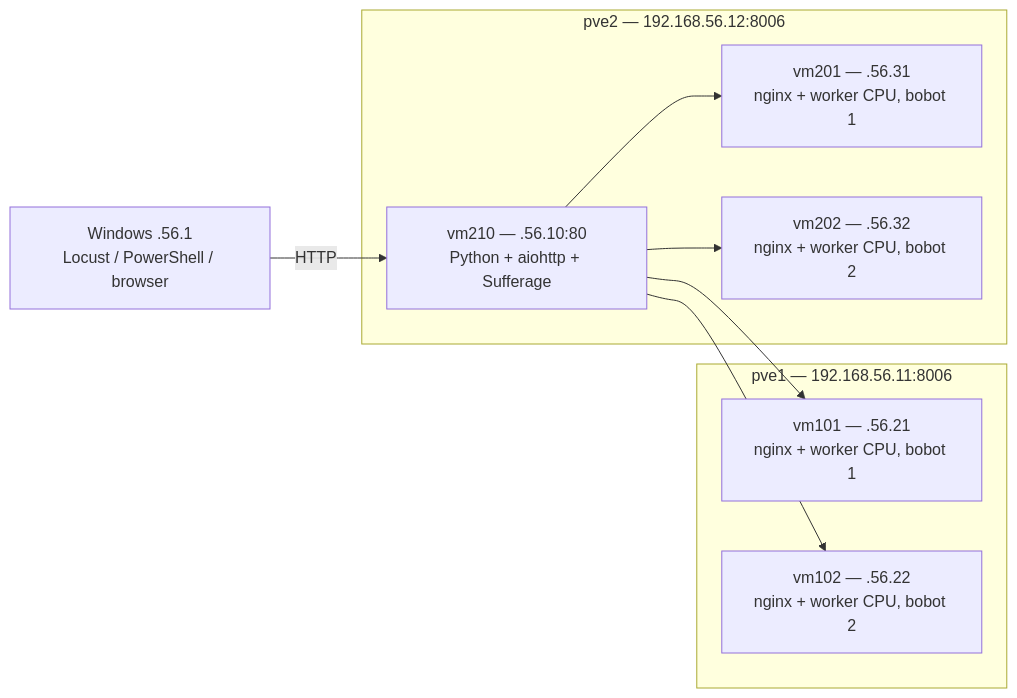
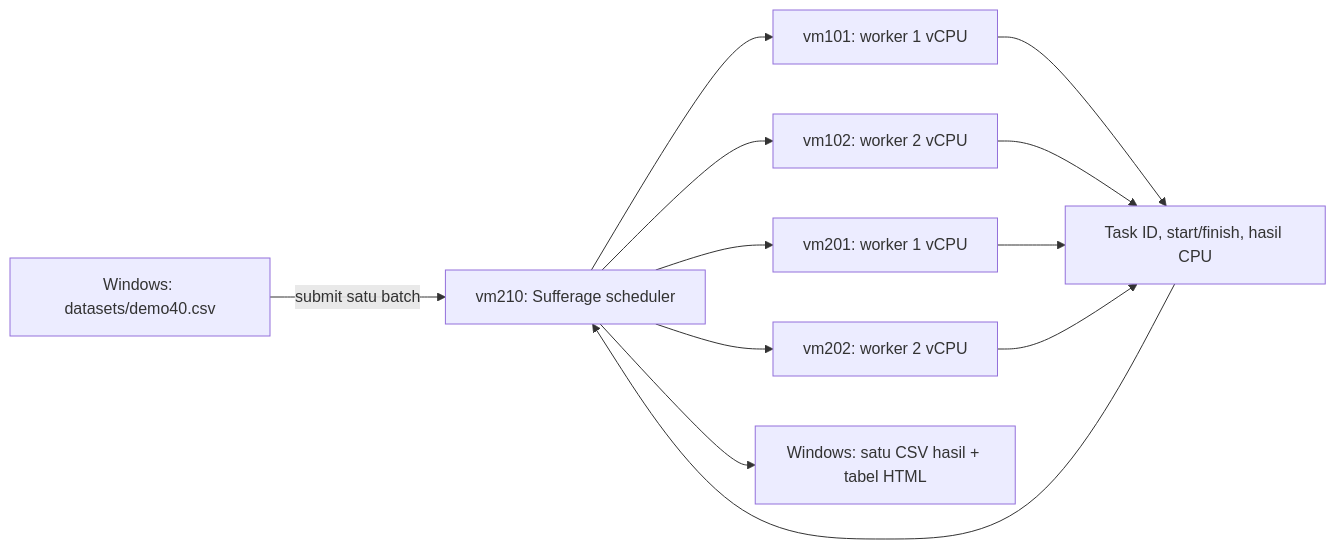
One commit to cr766hi/sufferage-task-scheduler changed the diagram in README.md. Above: the diagram before and after it, drawn with Mermaid. The commit also changed other lines of this file and 43 other files, not shown here.

Commit message:
Replace HTTP load balancing with offline batch Sufferage task scheduling and measured evaluation

````diff
--- a/README.md
+++ b/README.md
@@ -19,18 +12,14 @@
 ```mermaid
 flowchart LR
-  W["Windows .56.1\nLocust / PowerShell / browser"]
-  subgraph P1["pve1 — 192.168.56.11:8006"]
-    A["vm101 — .56.21\nnginx + worker CPU, bobot 1"]
-    B["vm102 — .56.22\nnginx + worker CPU, bobot 2"]
-  end
-  subgraph P2["pve2 — 192.168.56.12:8006"]
-    L["vm210 — .56.10:80\nPython + aiohttp + Sufferage"]
-    C["vm201 — .56.31\nnginx + worker CPU, bobot 1"]
-    D["vm202 — .56.32\nnginx + worker CPU, bobot 2"]
-  end
-  W -->|HTTP| L
-  L --> A
-  L --> B
-  L --> C
-  L --> D
+  D["Windows: datasets/demo40.csv"] -->|submit satu batch| S["vm210: Sufferage scheduler"]
+  S --> A["vm101: worker 1 vCPU"]
+  S --> B["vm102: worker 2 vCPU"]
+  S --> C["vm201: worker 1 vCPU"]
+  S --> E["vm202: worker 2 vCPU"]
+  A --> R["Task ID, start/finish, hasil CPU"]
+  B --> R
+  C --> R
+  E --> R
+  R --> S
+  S --> O["Windows: satu CSV hasil + tabel HTML"]
 ```
````
